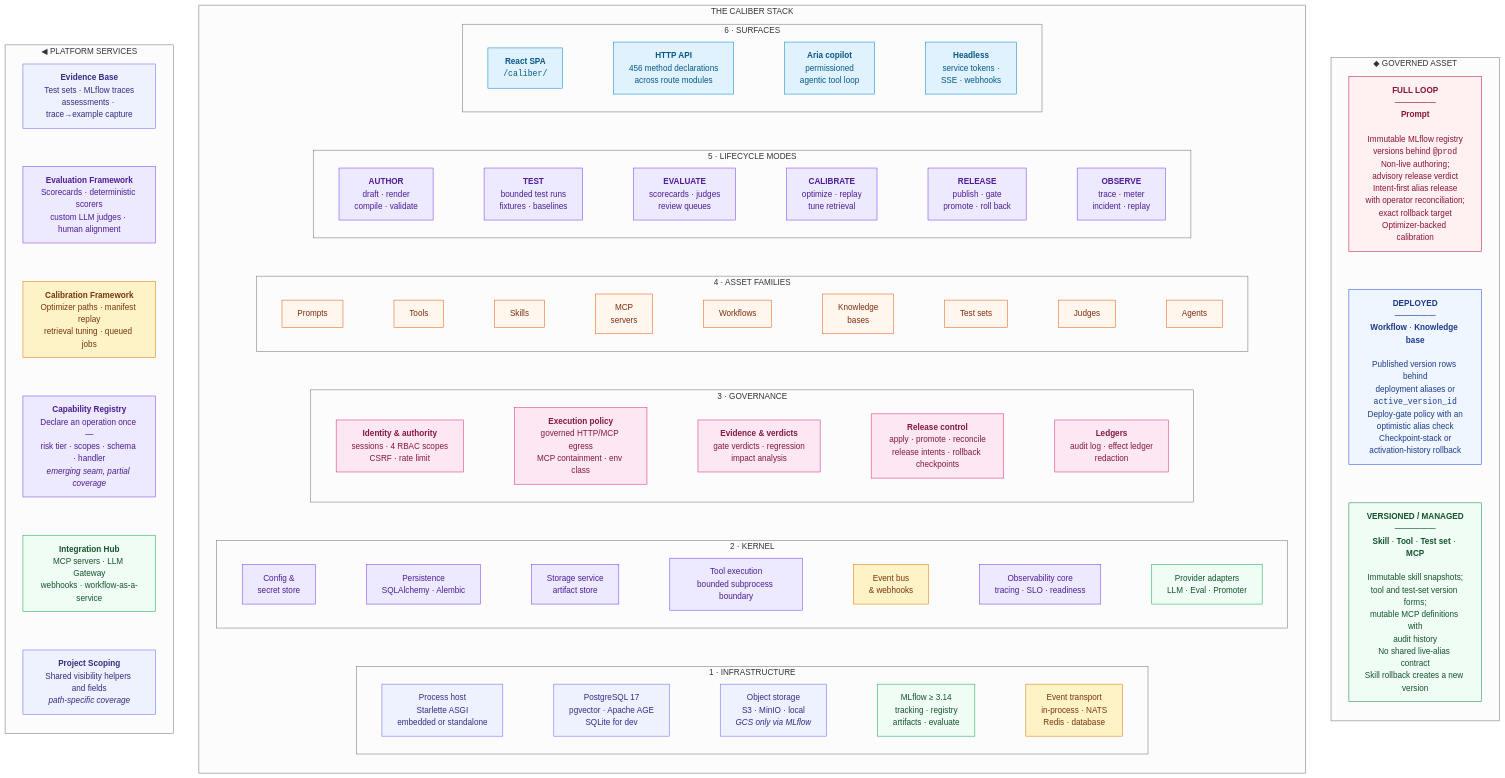
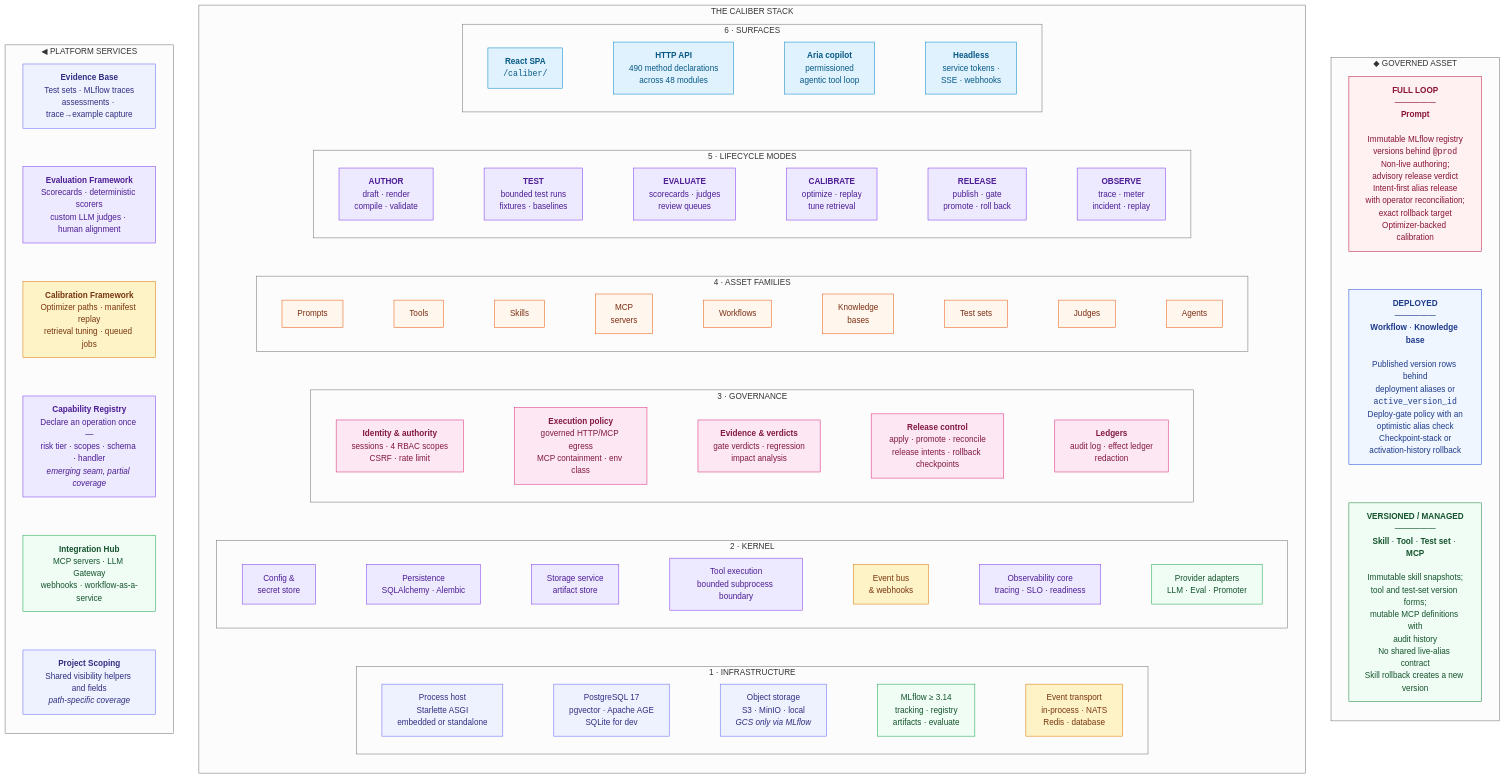
One commit to rrahimi-uci/caliber-suite changed the first of 8 diagrams in ARCHITECTURE.md. Above: the diagram before and after it, drawn with Mermaid (neutral theme). The commit also changed other lines of this file and 19 other files, not shown here.

```diff
--- a/ARCHITECTURE.md
+++ b/ARCHITECTURE.md
@@ -105,7 +105,7 @@
     subgraph L6["6 · SURFACES"]
       direction LR
       s1["<b>React SPA</b><br/><code>/caliber/</code>"]:::ui
-      s2["<b>HTTP API</b><br/>456 method declarations<br/>across route modules"]:::ui
+      s2["<b>HTTP API</b><br/>490 method declarations<br/>across 48 modules"]:::ui
       s3["<b>Aria copilot</b><br/>permissioned<br/>agentic tool loop"]:::ui
       s4["<b>Headless</b><br/>service tokens ·<br/>SSE · webhooks"]:::ui
       s1 --- s2 --- s3 --- s4
```
